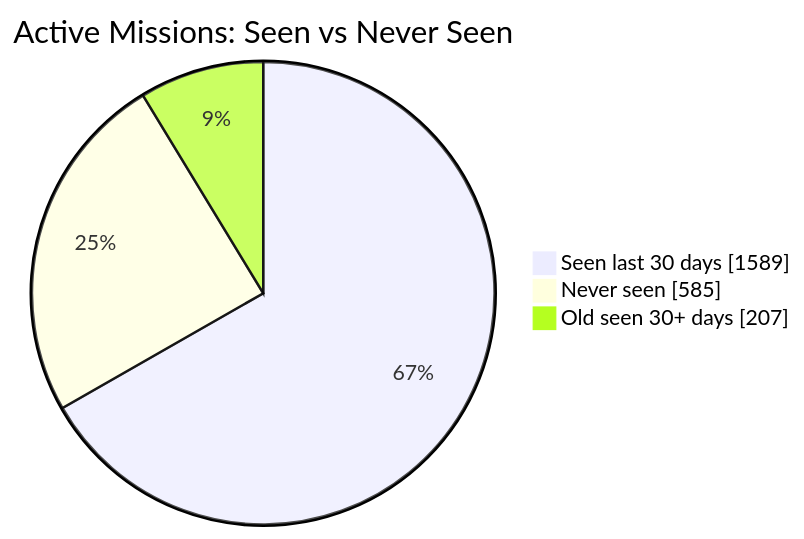
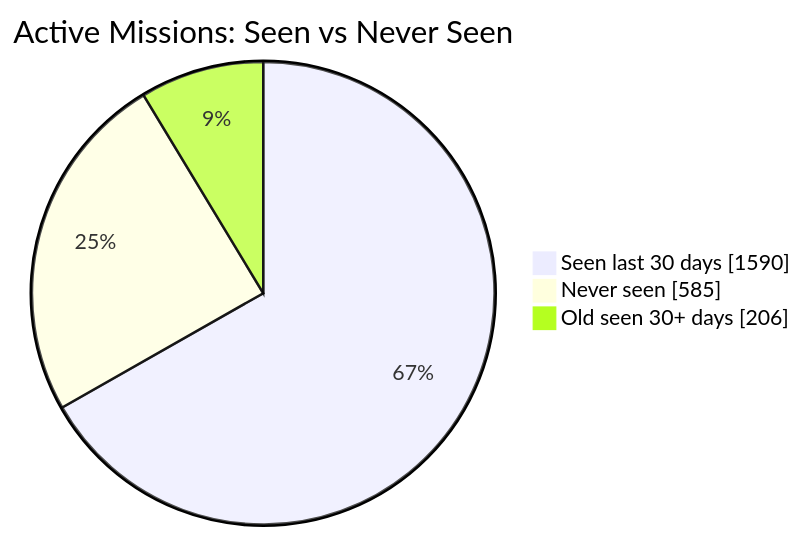
Before and after one commit to MeldkamerspelGameTeam/active-missions: the first of 2 diagrams in README.md, drawn with Mermaid. The commit also changed other lines of this file and 3 other files, not shown here.

````diff
--- a/README.md
+++ b/README.md
@@ -34,7 +34,7 @@
 ```mermaid
 pie showData
     title Active Missions: Seen vs Never Seen
-    "Seen last 30 days" : 1589
+    "Seen last 30 days" : 1590
     "Never seen" : 585
-    "Old seen 30+ days" : 207
+    "Old seen 30+ days" : 206
 ```
````
